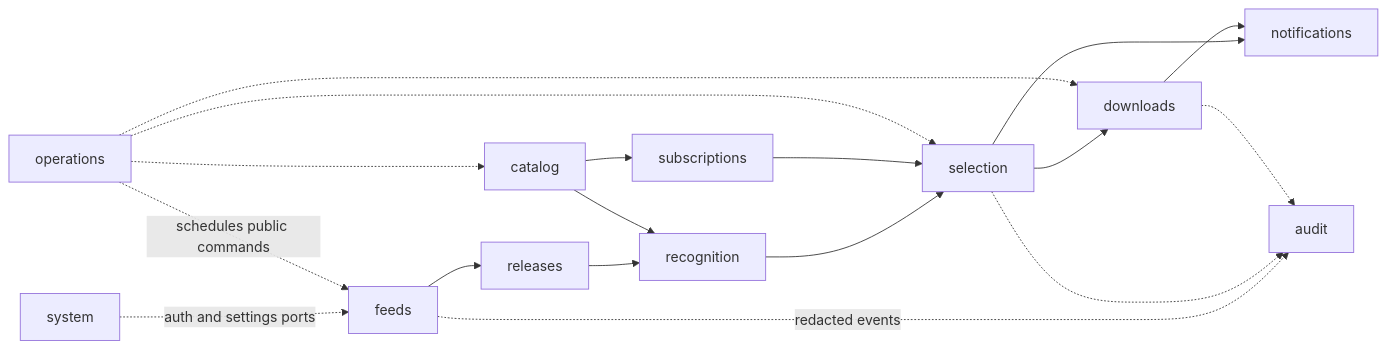
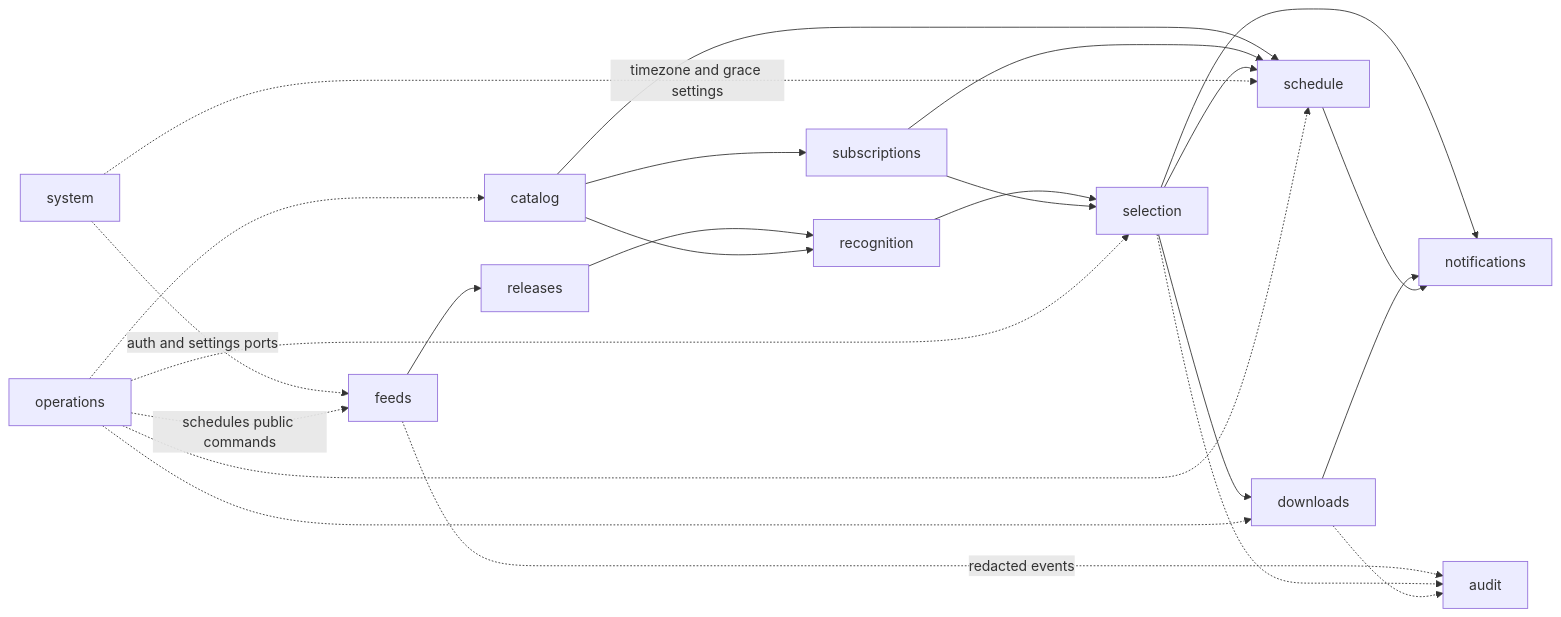
The second of 4 diagrams in ARCHITECTURE.md (leavesster/anime-rss), drawn with Mermaid before and after one commit. The commit also changed other lines of this file and 37 other files, not shown here.

````diff
--- a/ARCHITECTURE.md
+++ b/ARCHITECTURE.md
@@ -143,21 +145,27 @@
 ```mermaid
 flowchart LR
     Feeds["feeds"] --> Releases["releases"]
     Releases --> Recognition["recognition"]
     Catalog["catalog"] --> Recognition
     Catalog --> Subscriptions["subscriptions"]
     Recognition --> Selection["selection"]
     Subscriptions --> Selection
     Selection --> Downloads["downloads"]
     Selection --> Notifications["notifications"]
     Downloads --> Notifications
+    Catalog --> Schedule["schedule"]
+    Subscriptions --> Schedule
+    Selection --> Schedule
+    Schedule --> Notifications
 
     System["system"] -. "auth and settings ports" .-> Feeds
+    System -. "timezone and grace settings" .-> Schedule
     Operations["operations"] -. "schedules public commands" .-> Feeds
     Operations -.-> Catalog
     Operations -.-> Selection
     Operations -.-> Downloads
+    Operations -.-> Schedule
     Feeds -. "redacted events" .-> Audit["audit"]
     Selection -.-> Audit
     Downloads -.-> Audit
 ```
````
